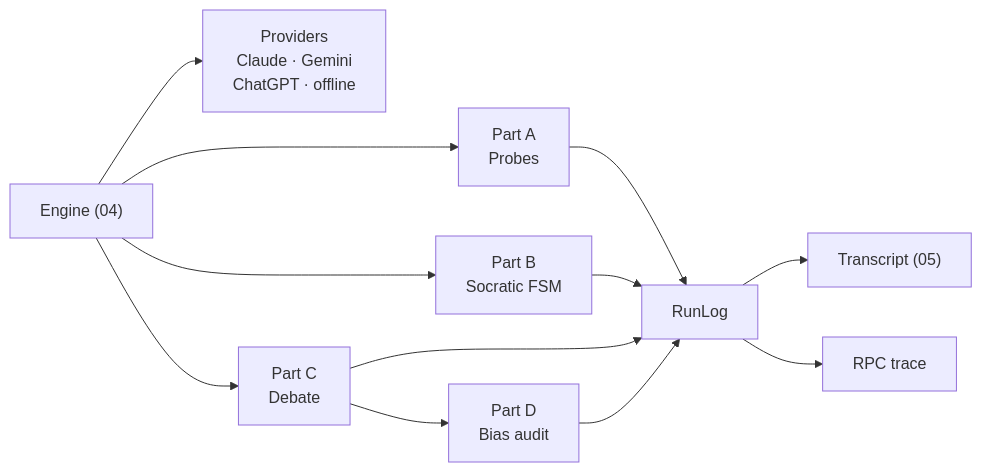
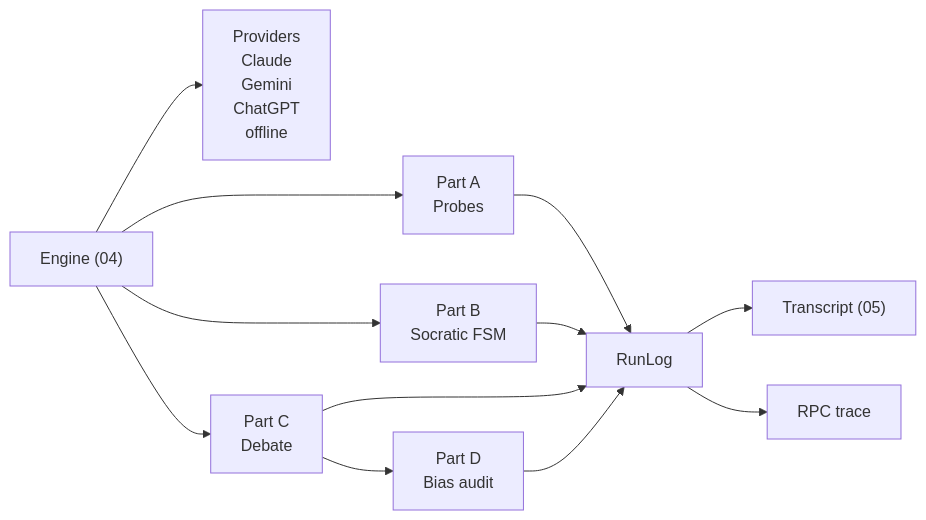
One commit to ankitkumarbyte/squadron-shannon-mission-01 changed the diagram in README.md. Above: the diagram before and after it, drawn with Mermaid.

Commit message:
README diagram: stack provider names

````diff
--- a/README.md
+++ b/README.md
@@ -48,11 +48,11 @@
 ```mermaid
 flowchart LR
-    CLI["Engine (04)"] --> P["Providers<br/>Claude · Gemini<br/>ChatGPT · offline"]
+    CLI["Engine (04)"] --> P["Providers<br/>Claude<br/>Gemini<br/>ChatGPT<br/>offline"]
     CLI --> A["Part A<br/>Probes"]
     CLI --> B["Part B<br/>Socratic FSM"]
     CLI --> C["Part C<br/>Debate"]
     C --> D["Part D<br/>Bias audit"]
     A & B & C & D --> L["RunLog"]
     L --> T["Transcript (05)"]
     L --> R["RPC trace"]
 ```
````
